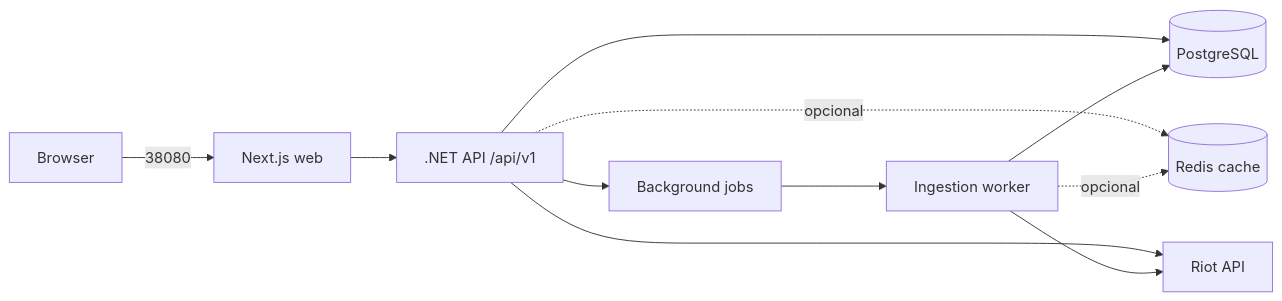
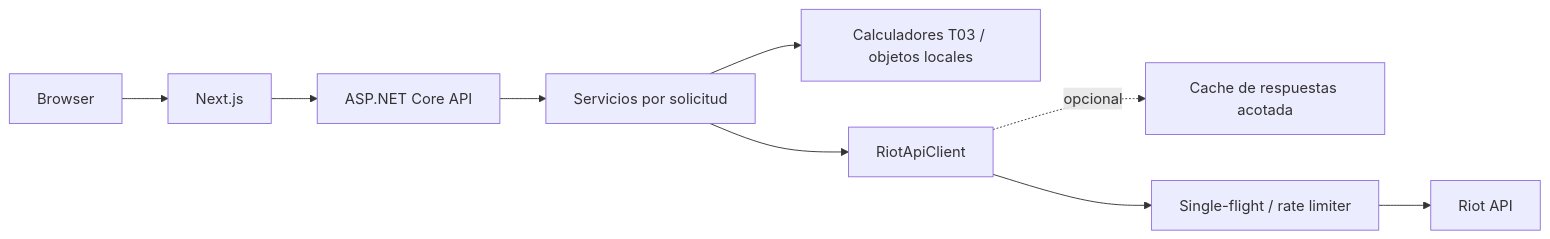
The diagram in docs/ARCHITECTURE.md (D0kker/improved-train), drawn with Mermaid before and after one commit. The commit also changed other lines of this file and 44 other files, not shown here.

````diff
--- a/docs/ARCHITECTURE.md
+++ b/docs/ARCHITECTURE.md
@@ -13,13 +5,11 @@
 ```mermaid
 flowchart LR
-  Browser[Browser] -->|38080| Web[Next.js web]
-  Web --> API[.NET API /api/v1]
-  API --> Jobs[Background jobs]
-  Jobs --> Worker[Ingestion worker]
-  API --> Postgres[(PostgreSQL)]
-  Worker --> Postgres
-  API -. opcional .-> Redis[(Redis cache)]
-  Worker -. opcional .-> Redis
-  API --> Riot[Riot API]
-  Worker --> Riot
+  Browser --> Web[Next.js]
+  Web --> API[ASP.NET Core API]
+  API --> Service[Servicios por solicitud]
+  Service --> Pure[Calculadores T03 / objetos locales]
+  Service --> Client[RiotApiClient]
+  Client -. opcional .-> Cache[Cache de respuestas acotada]
+  Client --> Limits[Single-flight / rate limiter]
+  Limits --> Riot[Riot API]
 ```
````
